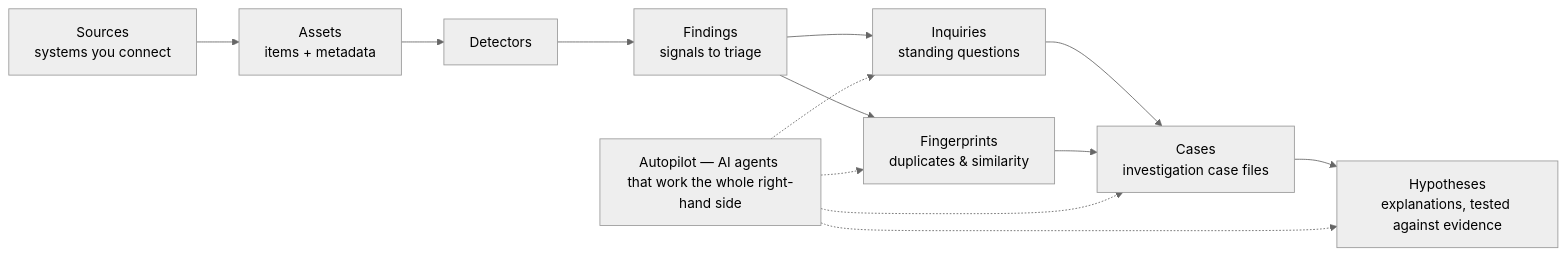
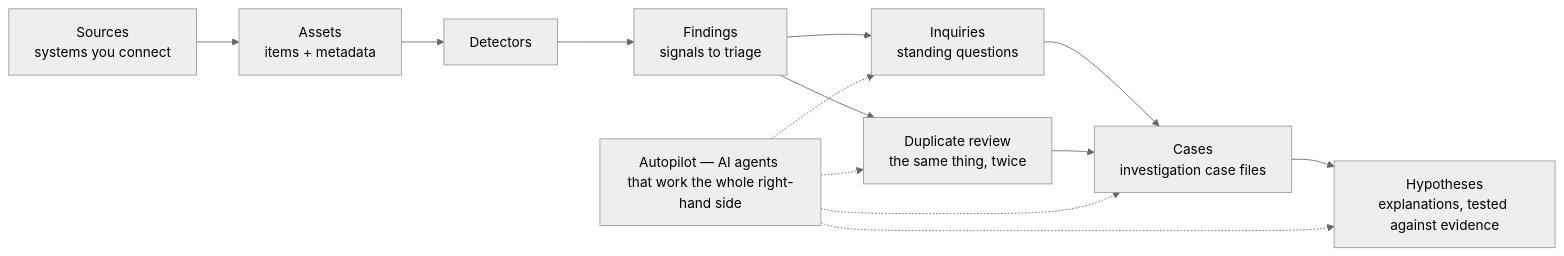
Before and after one commit to classifyre/classifyre: the first of 3 diagrams in apps/docs/app/investigations/page.mdx, drawn with Mermaid (neutral theme). The commit also changed other lines of this file and 47 other files, not shown here.

First line of the commit message:
feat(duplicates): fix review-queue gaps, document it, retire fingerprints

````diff
--- a/apps/docs/app/investigations/page.mdx
+++ b/apps/docs/app/investigations/page.mdx
@@ -20,19 +20,19 @@
 ```mermaid
 graph LR
     Source["Sources<br/>systems you connect"] --> Asset["Assets<br/>items + metadata"]
     Asset --> Detect["Detectors"]
     Detect --> Finding["Findings<br/>signals to triage"]
 
     Finding --> Inquiry["Inquiries<br/>standing questions"]
-    Finding --> FP["Fingerprints<br/>duplicates & similarity"]
+    Finding --> FP["Duplicate review<br/>the same thing, twice"]
 
     Inquiry --> Case["Cases<br/>investigation case files"]
     FP --> Case
     Case --> Hyp["Hypotheses<br/>explanations, tested against evidence"]
 
     Harness["Autopilot — AI agents that work the whole right-hand side"]
     Harness -.-> Inquiry
     Harness -.-> FP
     Harness -.-> Case
     Harness -.-> Hyp
 ```
````
